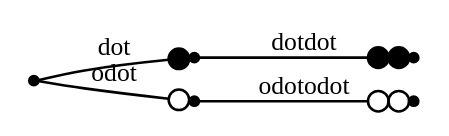
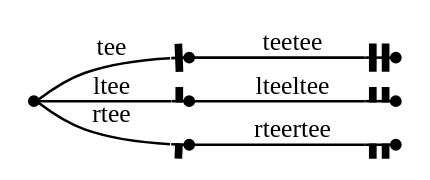
Before and after one commit to graphviz-perl/GraphViz2-Marpa-PathUtils: the diagram in out/clusters.out.08.008.gv, drawn with Graphviz. The commit also changed 50 other files, not shown here.

```diff
--- a/out/clusters.out.08.008.gv
+++ b/out/clusters.out.08.008.gv
@@ -1,11 +1,13 @@
 digraph G
 {
 	graph[rankdir = "LR" nodesep = "0"]
 	node[shape = "point" label = ""]
 	edge[fontsize = "10"]
-	_dot -> dot[arrowhead = "dot" label = "dot"]
-	dot -> dotdot[arrowhead = "dotdot" label = "dotdot"]
-	_dot -> odot[arrowhead = "odot" label = "odot"]
-	odot -> odotodot[arrowhead = "odotodot" label = "odotodot"]
+	_tee -> tee[arrowhead = "tee" label = "tee"]
+	tee -> teetee[arrowhead = "teetee" label = "teetee"]
+	_tee -> ltee[arrowhead = "ltee" label = "ltee"]
+	ltee -> lteeltee[arrowhead = "lteeltee" label = "lteeltee"]
+	_tee -> rtee[arrowhead = "rtee" label = "rtee"]
+	rtee -> rteertee[arrowhead = "rteertee" label = "rteertee"]
 
 }
```
